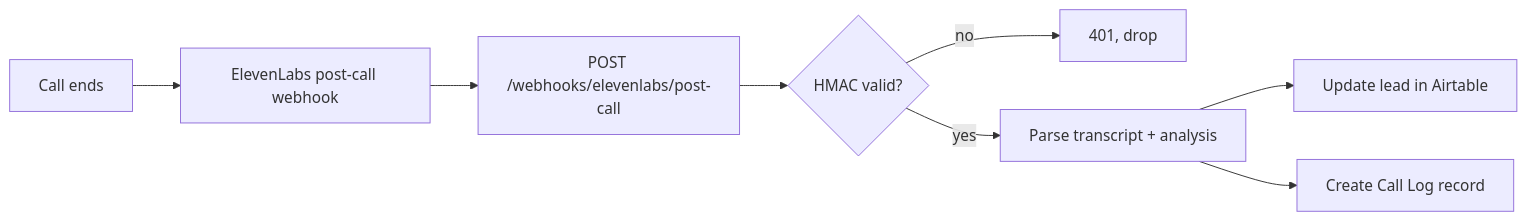
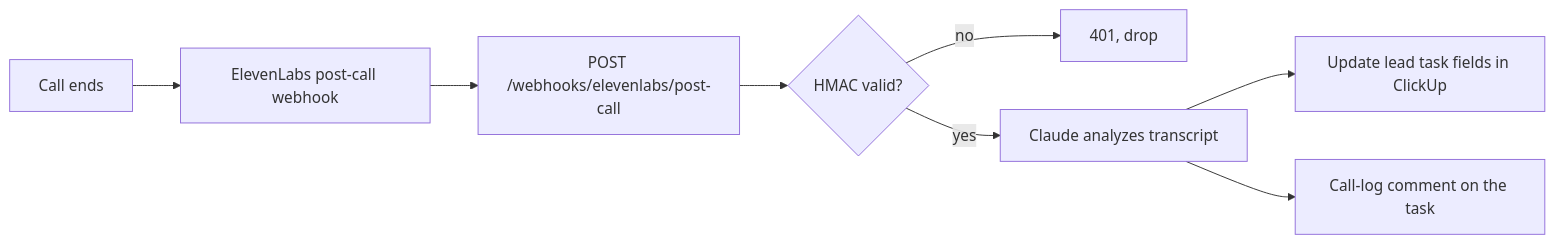
Before and after one commit to ontiverosj/agents: the first of 2 diagrams in obsidian/ElevenLabs Agents/10 - Automations & Webhooks.md, drawn with Mermaid. The commit also changed other lines of this file and 17 other files, not shown here.

First line of the commit message:
Rebuild on ClickUp + Claude, drop Airtable and Railway

````diff
--- a/obsidian/ElevenLabs Agents/10 - Automations & Webhooks.md
+++ b/obsidian/ElevenLabs Agents/10 - Automations & Webhooks.md
@@ -15,10 +15,10 @@
 ```mermaid
 flowchart LR
     A[Call ends] --> B[ElevenLabs post-call webhook]
     B --> C["POST /webhooks/elevenlabs/post-call"]
     C --> D{HMAC valid?}
     D -- no --> E[401, drop]
-    D -- yes --> F[Parse transcript + analysis]
-    F --> G[Update lead in Airtable]
-    F --> H[Create Call Log record]
+    D -- yes --> F[Claude analyzes transcript]
+    F --> G[Update lead task fields in ClickUp]
+    F --> H[Call-log comment on the task]
 ```
````
